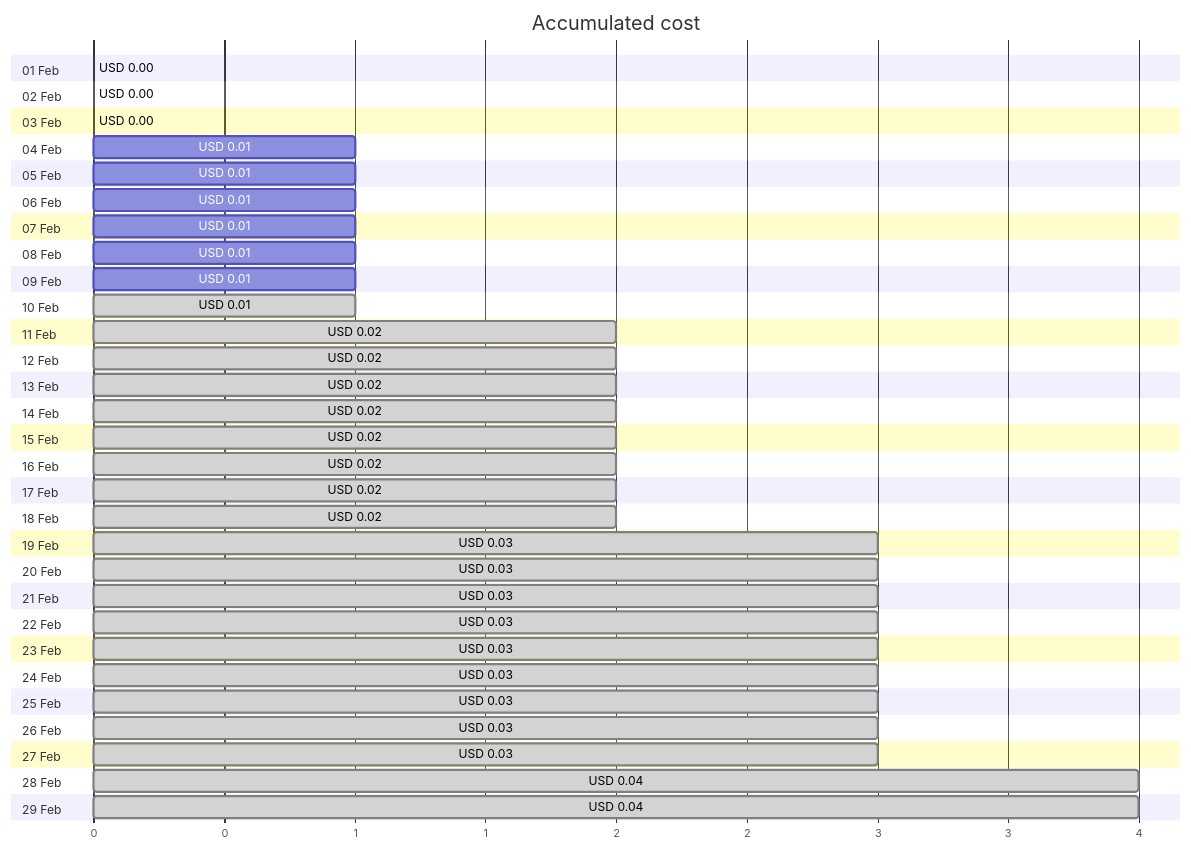
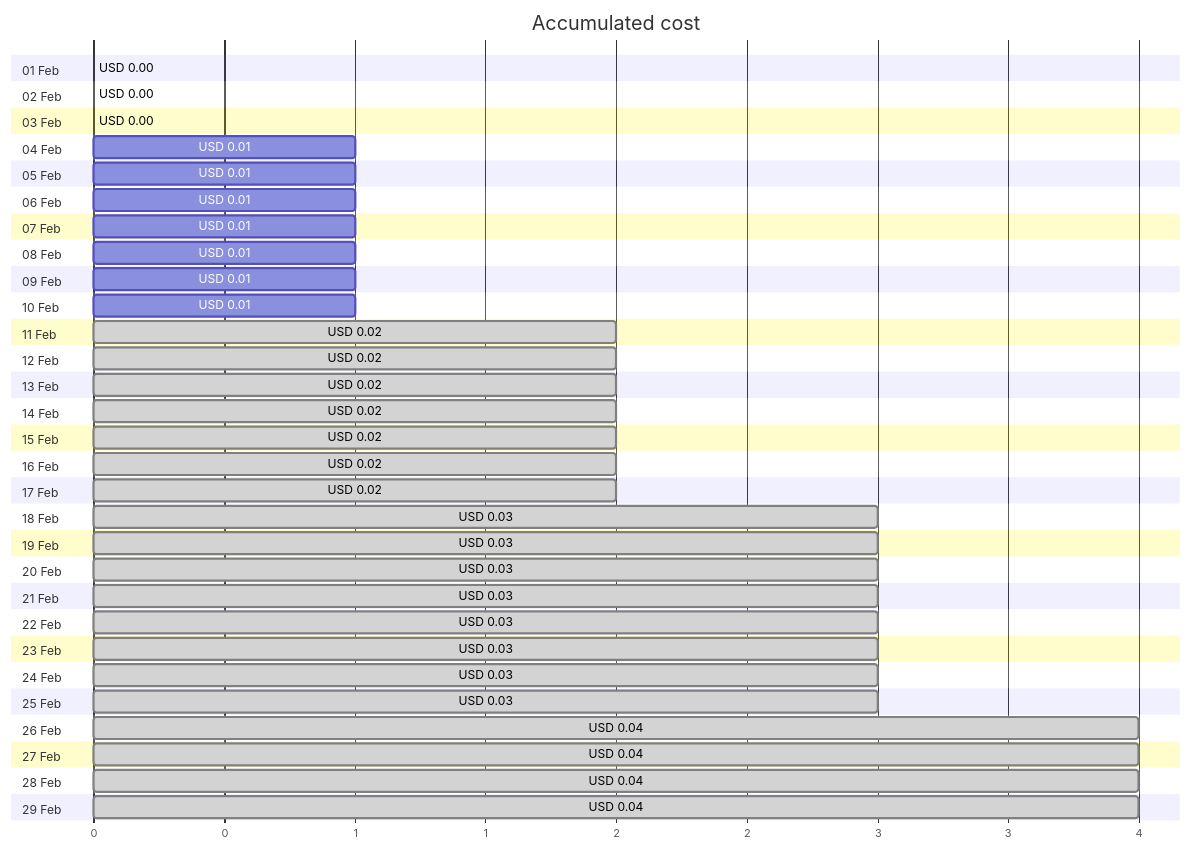
The first of 4 diagrams in cost-reports/personal-site/personalsiteapistorage.md (jpfulton/azure-personal-reports), drawn with Mermaid before and after one commit. The commit also changed other lines of this file and 6 other files, not shown here.

````diff
--- a/cost-reports/personal-site/personalsiteapistorage.md
+++ b/cost-reports/personal-site/personalsiteapistorage.md
@@ -20,64 +20,64 @@
 ```mermaid
 gantt
    title Accumulated cost
    dateFormat  X
    axisFormat %s
    section 01 Feb
    USD 0.00 :0, 0
    section 02 Feb
    USD 0.00 :0, 0
    section 03 Feb
    USD 0.00 :0, 0
    section 04 Feb
    USD 0.01 :0, 1
    section 05 Feb
    USD 0.01 :0, 1
    section 06 Feb
    USD 0.01 :0, 1
    section 07 Feb
    USD 0.01 :0, 1
    section 08 Feb
    USD 0.01 :0, 1
    section 09 Feb
    USD 0.01 :0, 1
    section 10 Feb
-   USD 0.01 : done, 0, 1
+   USD 0.01 :0, 1
    section 11 Feb
    USD 0.02 : done, 0, 2
    section 12 Feb
    USD 0.02 : done, 0, 2
    section 13 Feb
    USD 0.02 : done, 0, 2
    section 14 Feb
    USD 0.02 : done, 0, 2
    section 15 Feb
    USD 0.02 : done, 0, 2
    section 16 Feb
    USD 0.02 : done, 0, 2
    section 17 Feb
    USD 0.02 : done, 0, 2
    section 18 Feb
-   USD 0.02 : done, 0, 2
+   USD 0.03 : done, 0, 3
    section 19 Feb
    USD 0.03 : done, 0, 3
    section 20 Feb
    USD 0.03 : done, 0, 3
    section 21 Feb
    USD 0.03 : done, 0, 3
    section 22 Feb
    USD 0.03 : done, 0, 3
    section 23 Feb
    USD 0.03 : done, 0, 3
    section 24 Feb
    USD 0.03 : done, 0, 3
    section 25 Feb
    USD 0.03 : done, 0, 3
    section 26 Feb
-   USD 0.03 : done, 0, 3
+   USD 0.04 : done, 0, 4
    section 27 Feb
-   USD 0.03 : done, 0, 3
+   USD 0.04 : done, 0, 4
    section 28 Feb
    USD 0.04 : done, 0, 4
    section 29 Feb
    USD 0.04 : done, 0, 4
 ```
````
